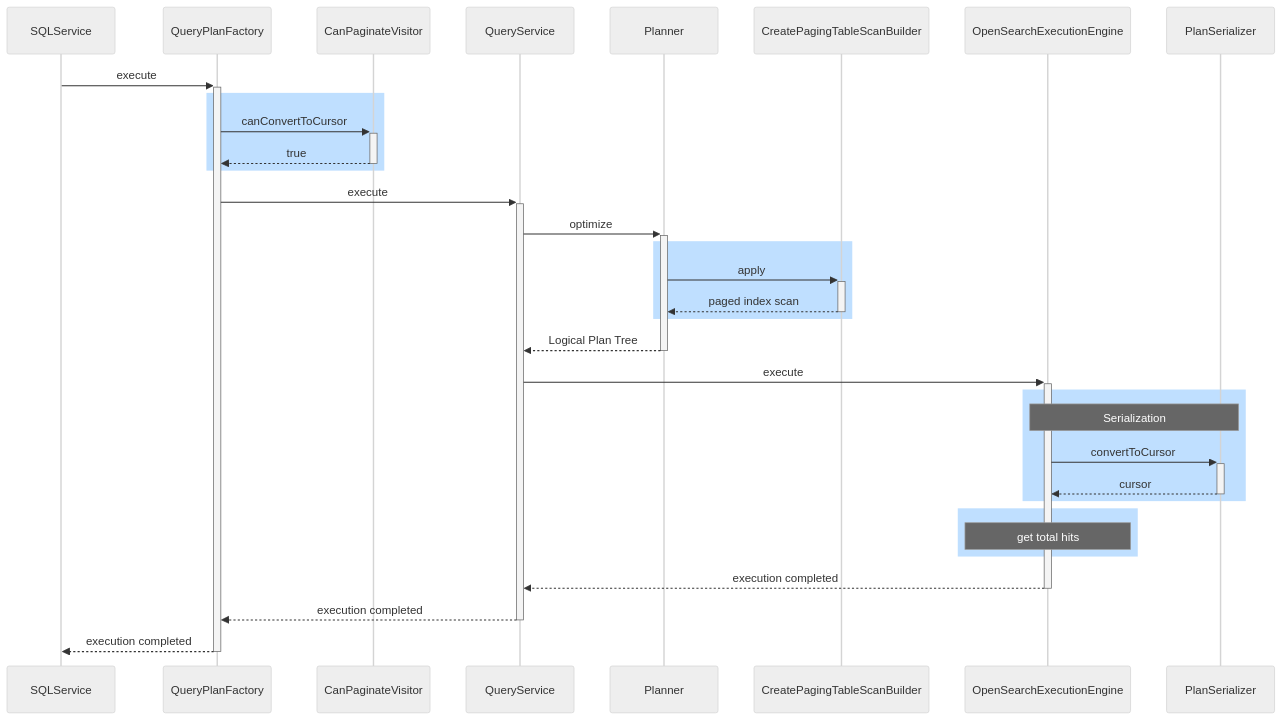
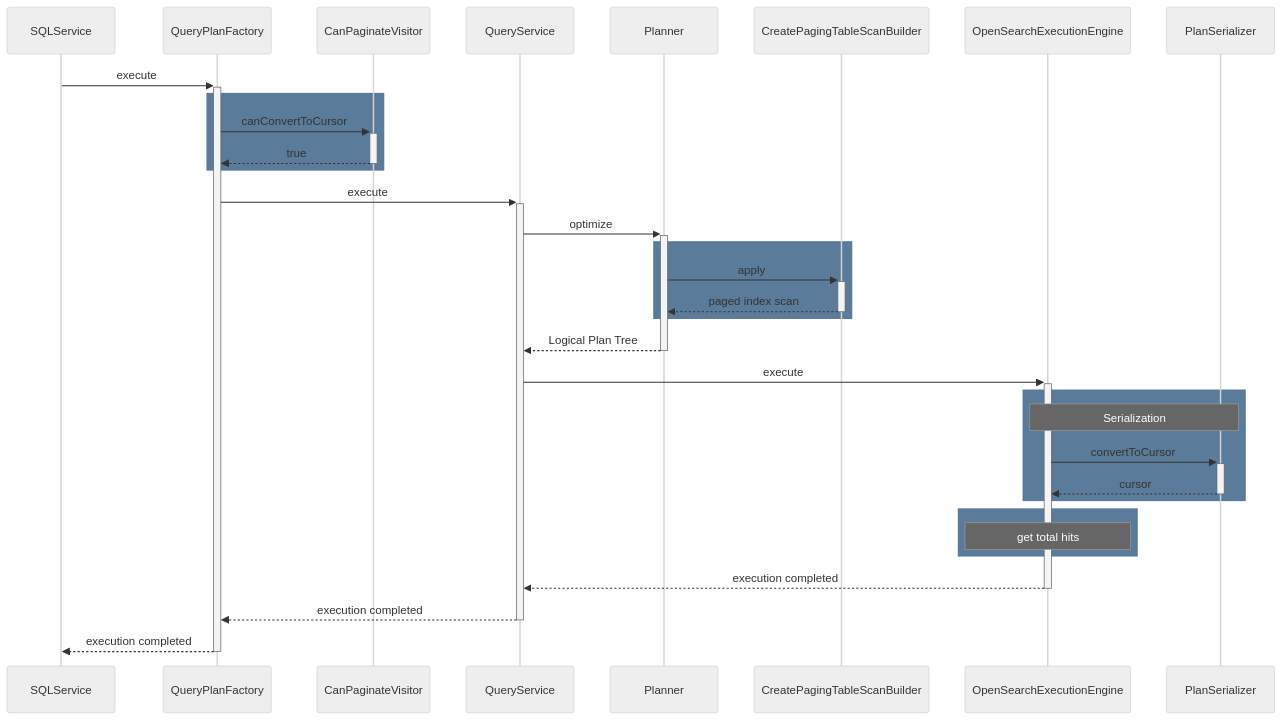
One commit to opensearch-project/sql changed diagram 16 of 22 in docs/dev/Pagination-v2.md. Above: the diagram before and after it, drawn with Mermaid (neutral theme). The commit also changed other lines of this file, not shown here.

````diff
--- a/docs/dev/Pagination-v2.md
+++ b/docs/dev/Pagination-v2.md
@@ -489,36 +492,36 @@
 ```mermaid
 sequenceDiagram
     participant SQLService
     participant QueryPlanFactory
     participant CanPaginateVisitor
     participant QueryService
     participant Planner
     participant CreatePagingTableScanBuilder
     participant OpenSearchExecutionEngine
     participant PlanSerializer
 
 SQLService ->>+ QueryPlanFactory : execute
-  rect rgb(191, 223, 255)
+  rect rgb(91, 123, 155)
   QueryPlanFactory ->>+ CanPaginateVisitor : canConvertToCursor
     CanPaginateVisitor -->>- QueryPlanFactory : true
   end
   QueryPlanFactory ->>+ QueryService : execute
     QueryService ->>+ Planner : optimize
-      rect rgb(191, 223, 255)
+      rect rgb(91, 123, 155)
       Planner ->>+ CreatePagingTableScanBuilder : apply
         CreatePagingTableScanBuilder -->>- Planner : paged index scan
       end
       Planner -->>- QueryService : Logical Plan Tree
     QueryService ->>+ OpenSearchExecutionEngine : execute
-      rect rgb(191, 223, 255)
+      rect rgb(91, 123, 155)
       Note over OpenSearchExecutionEngine, PlanSerializer : Serialization
       OpenSearchExecutionEngine ->>+ PlanSerializer : convertToCursor
         PlanSerializer -->>- OpenSearchExecutionEngine : cursor
       end
-      rect rgb(191, 223, 255)
+      rect rgb(91, 123, 155)
       Note over OpenSearchExecutionEngine : get total hits
       end
       OpenSearchExecutionEngine -->>- QueryService : execution completed
     QueryService -->>- QueryPlanFactory : execution completed
   QueryPlanFactory -->>- SQLService : execution completed
 ```
````
